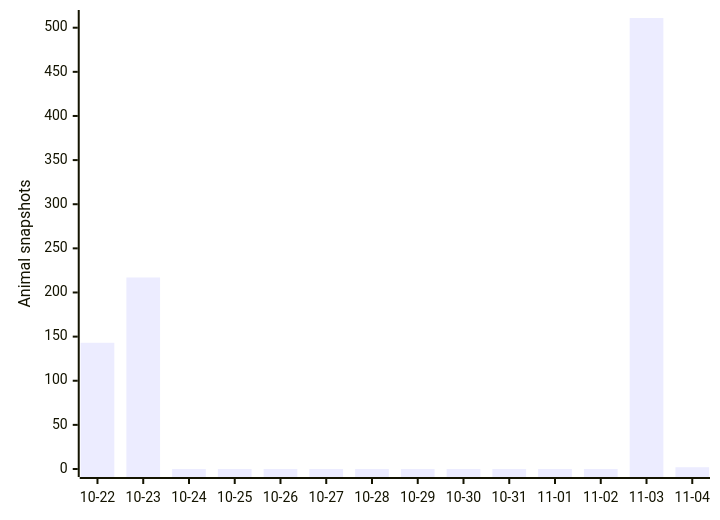
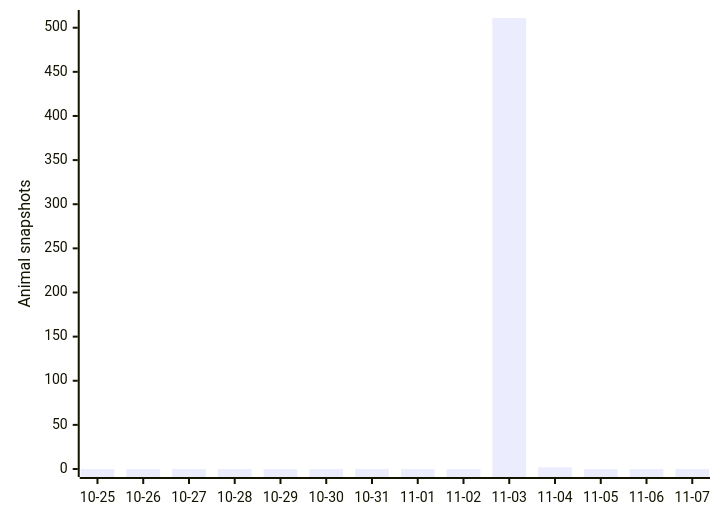
The first of 3 diagrams in README.md (joshuafrommeyer-35/PierTracker), drawn with Mermaid before and after one commit. The commit also changed other lines of this file and 7 other files, not shown here.

````diff
--- a/README.md
+++ b/README.md
@@ -138,6 +138,6 @@
 ```mermaid
 xychart-beta
-    x-axis ["10-22", "10-23", "10-24", "10-25", "10-26", "10-27", "10-28", "10-29", "10-30", "10-31", "11-01", "11-02", "11-03", "11-04"]
+    x-axis ["10-25", "10-26", "10-27", "10-28", "10-29", "10-30", "10-31", "11-01", "11-02", "11-03", "11-04", "11-05", "11-06", "11-07"]
     y-axis "Animal snapshots"
-    bar [143, 217, 0, 0, 0, 0, 0, 0, 0, 0, 0, 0, 511, 2]
+    bar [0, 0, 0, 0, 0, 0, 0, 0, 0, 511, 2, 0, 0, 0]
 ```
````
